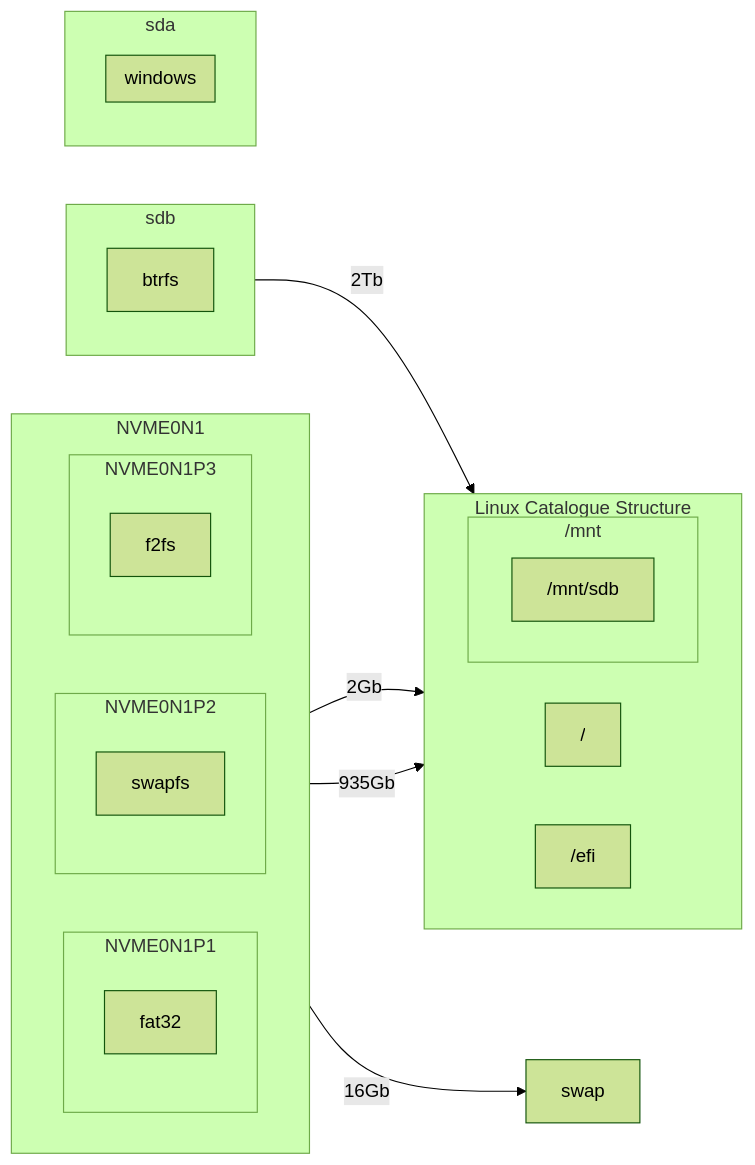
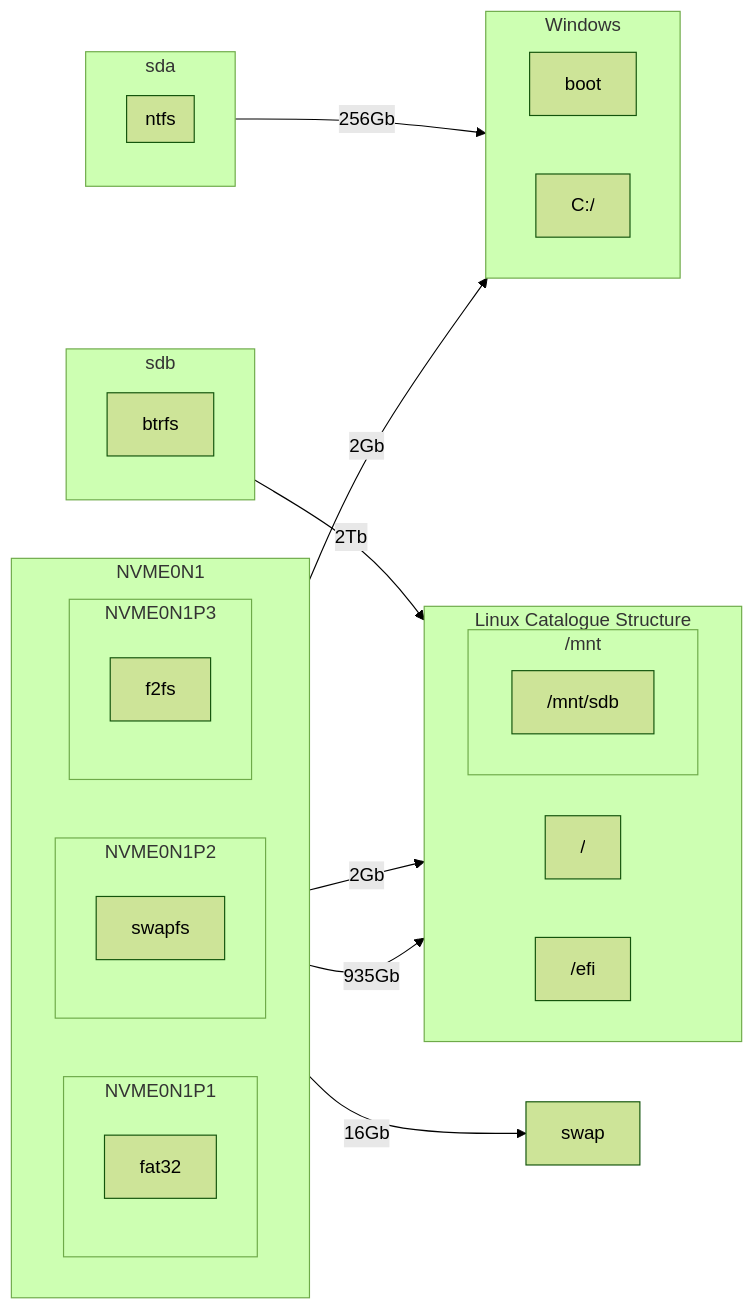
Before and after one commit to vlad196/arch-installation-guide: the diagram in README.md, drawn with Mermaid (forest theme).

Commit message:
Update mermaid cheme

````diff
--- a/README.md
+++ b/README.md
@@ -5,41 +5,48 @@
 ```mermaid
 flowchart LR
   subgraph NVME0N1
     direction LR
     subgraph NVME0N1P1
         direction TB
         fat32
     end
     subgraph NVME0N1P2
         direction TB
         swapfs
     end
     subgraph NVME0N1P3
         direction TB
         f2fs
     end
   end
-  
   subgraph Linux Catalogue Structure
     direction LR
         /
         /efi
         subgraph /mnt
             /mnt/sdb
         end
     end
     subgraph sdb
         direction TB
         btrfs
     end
     subgraph sda
         direction TB
-        subgraph windows
+        subgraph ntfs
     end
   end
+  subgraph Windows
+    direction LR
+      boot
+      C:/
+  end
+  
 
 fat32 -- 2Gb--> /efi
+fat32 -- 2Gb--> boot
 f2fs -- 935Gb--> /
 swapfs -- 16Gb--> swap
 btrfs -- 2Tb--> /mnt/sdb
+ntfs -- 256Gb--> C:/
 ```
````
